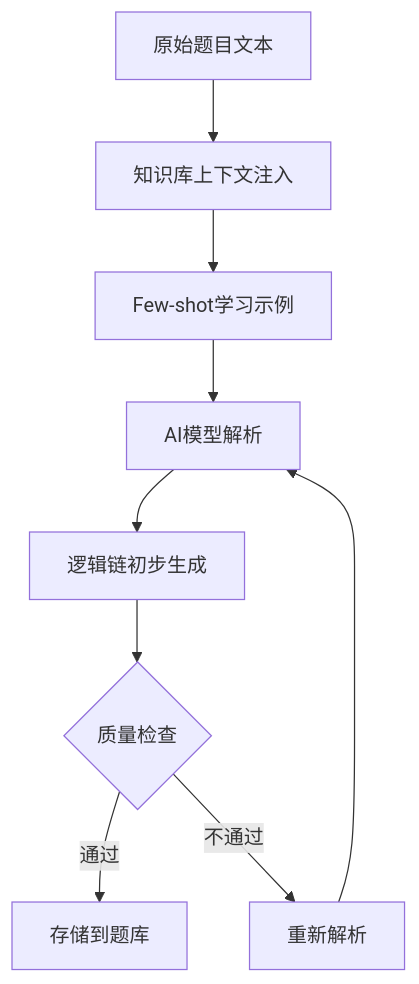
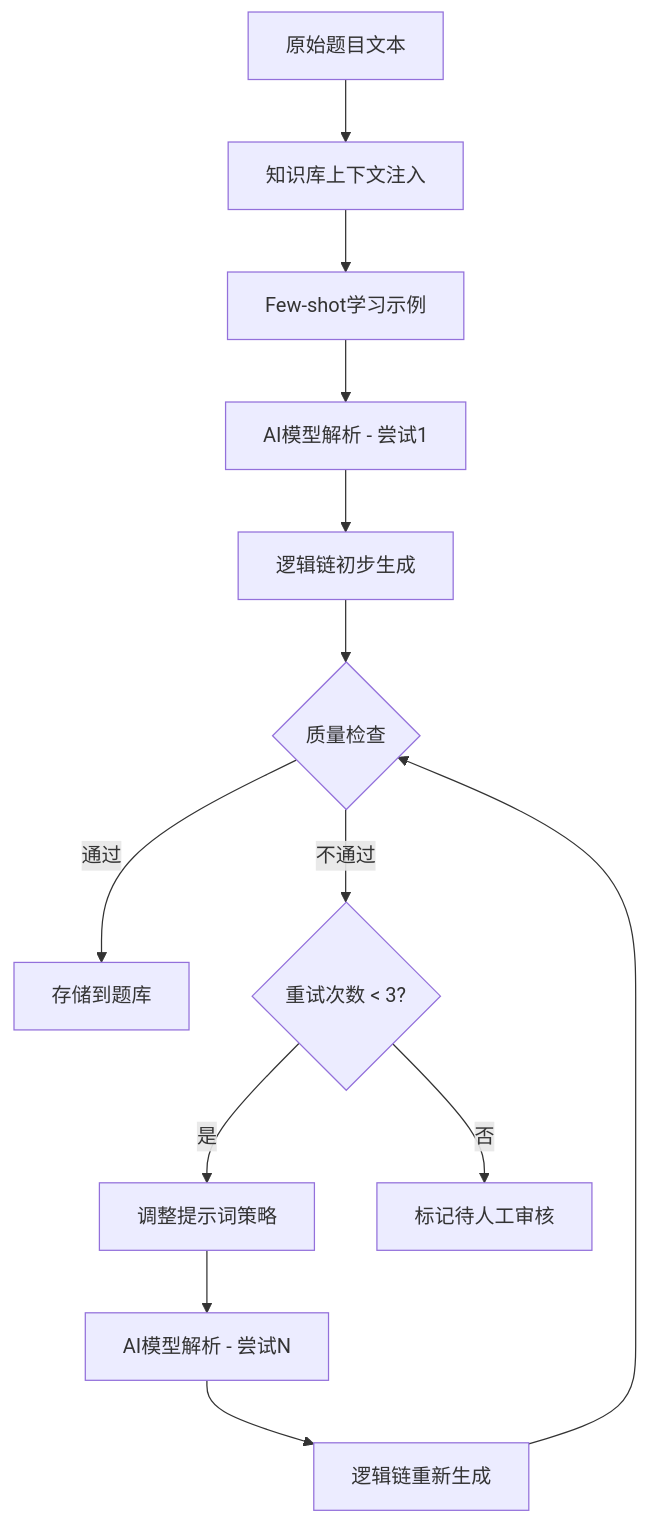
Before and after one commit to mnzhouguo/MathTutor: the diagram in docs/requirements/02-question-bank.md, drawn with Mermaid. The commit also changed other lines of this file and 7 other files, not shown here.

````diff
--- a/docs/requirements/02-question-bank.md
+++ b/docs/requirements/02-question-bank.md
@@ -85,11 +523,15 @@
 ```mermaid
 graph TD
     A[原始题目文本] --> B[知识库上下文注入]
     B --> C[Few-shot学习示例]
-    C --> D[AI模型解析]
+    C --> D[AI模型解析 - 尝试1]
     D --> E[逻辑链初步生成]
     E --> F{质量检查}
     F -->|通过| G[存储到题库]
-    F -->|不通过| H[重新解析]
-    H --> D
+    F -->|不通过| H{重试次数 < 3?}
+    H -->|是| I[调整提示词策略]
+    I --> J[AI模型解析 - 尝试N]
+    J --> K[逻辑链重新生成]
+    K --> F
+    H -->|否| L[标记待人工审核]
 ```
````
